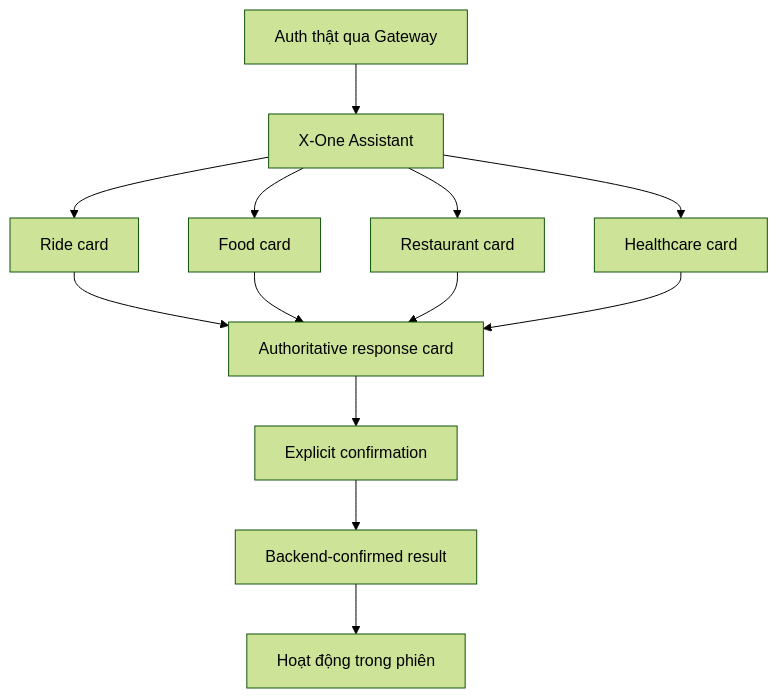
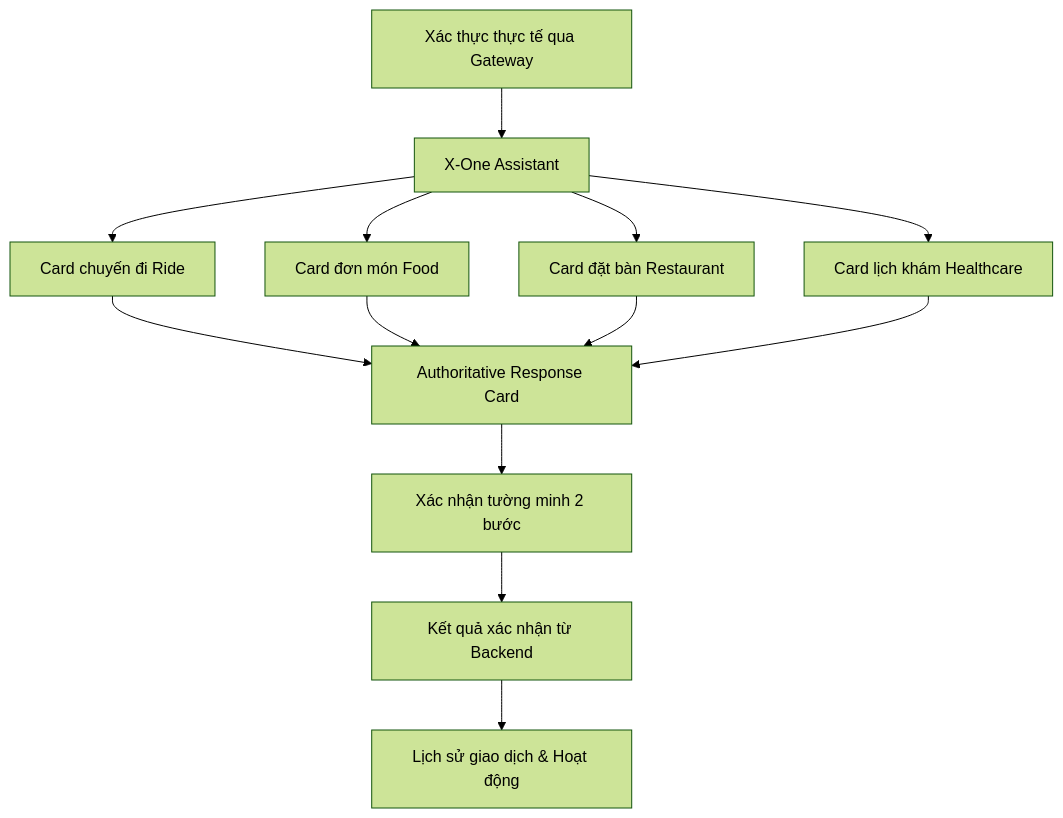
Before and after one commit to codecuatai/P-018: the diagram in docs/ui_wireframe_flow.md, drawn with Mermaid (forest theme). The commit also changed other lines of this file and 71 other files, not shown here.

````diff
--- a/docs/ui_wireframe_flow.md
+++ b/docs/ui_wireframe_flow.md
@@ -10,15 +7,15 @@
 ```mermaid
 flowchart TB
-    Auth[Auth thật qua Gateway] --> Assistant[X-One Assistant]
-    Assistant --> Ride[Ride card]
-    Assistant --> Food[Food card]
-    Assistant --> Restaurant[Restaurant card]
-    Assistant --> Healthcare[Healthcare card]
-    Ride --> Card[Authoritative response card]
+    Auth[Xác thực thực tế qua Gateway] --> Assistant[X-One Assistant]
+    Assistant --> Ride[Card chuyến đi Ride]
+    Assistant --> Food[Card đơn món Food]
+    Assistant --> Restaurant[Card đặt bàn Restaurant]
+    Assistant --> Healthcare[Card lịch khám Healthcare]
+    Ride --> Card[Authoritative Response Card]
     Food --> Card
     Restaurant --> Card
     Healthcare --> Card
-    Card --> Confirm[Explicit confirmation]
-    Confirm --> Result[Backend-confirmed result]
-    Result --> Activity[Hoạt động trong phiên]
+    Card --> Confirm[Xác nhận tường minh 2 bước]
+    Confirm --> Result[Kết quả xác nhận từ Backend]
+    Result --> Activity[Lịch sử giao dịch & Hoạt động]
 ```
````
